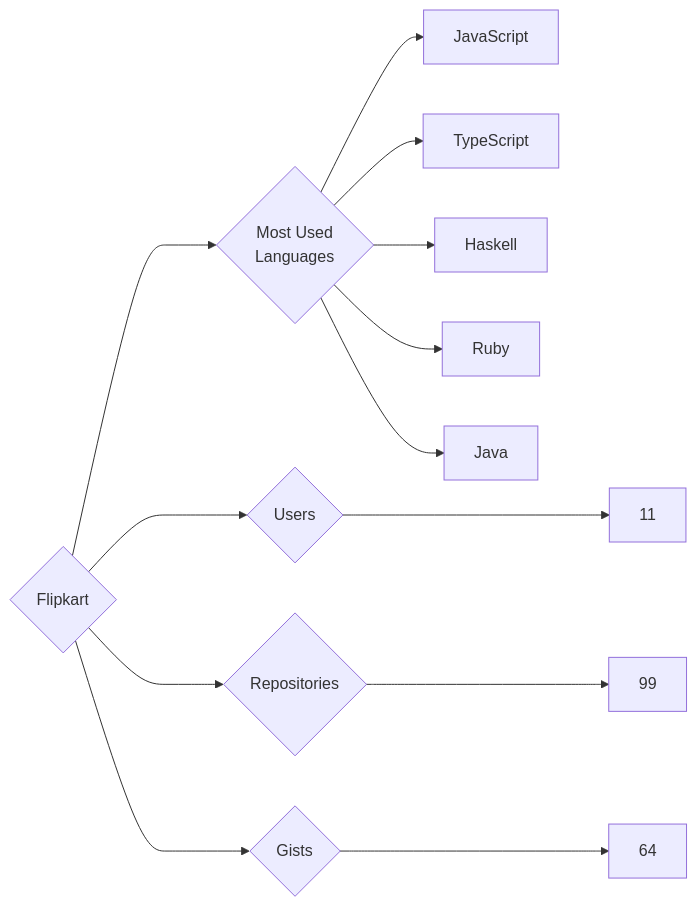
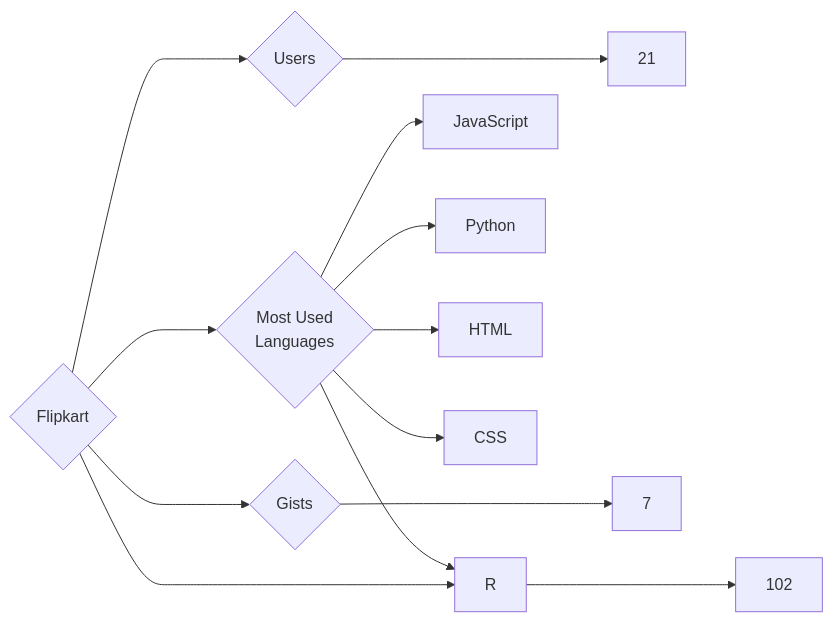
One commit to trickest/insiders changed the diagram in targets/Flipkart/README.md. Above: the diagram before and after it, drawn with Mermaid. The commit also changed 965 other files, not shown here.

````diff
--- a/targets/Flipkart/README.md
+++ b/targets/Flipkart/README.md
@@ -3,13 +3,13 @@
 ```mermaid
 graph LR
 COMPANY_NAME{Flipkart}
-COMPANY_NAME ---> U{Users} ---> UN[11]
-COMPANY_NAME ---> R{Repositories} ---> RN[99]
-COMPANY_NAME ---> G{Gists} ---> GN[64]
+COMPANY_NAME ---> U{Users} ---> UN[21]
+COMPANY_NAME ---> R{Repositories} ---> RN[102]
+COMPANY_NAME ---> G{Gists} ---> GN[7]
 COMPANY_NAME ---> ML{Most Used<br>Languages}
 ML --> JavaScript[JavaScript]
-ML --> TypeScript[TypeScript]
-ML --> Haskell[Haskell]
-ML --> Ruby[Ruby]
-ML --> Java[Java]
+ML --> Python[Python]
+ML --> HTML[HTML]
+ML --> R[R]
+ML --> CSS[CSS]
 ```
````
